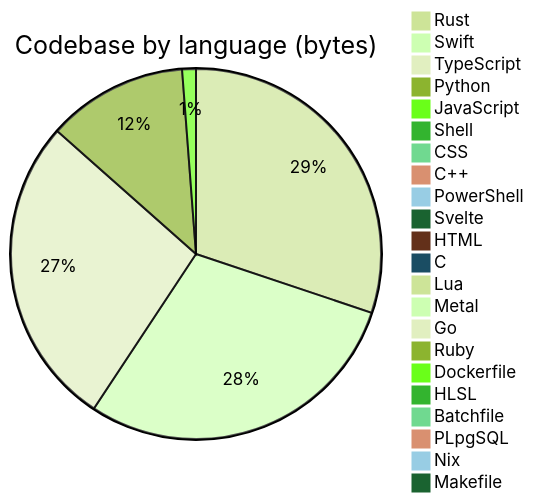
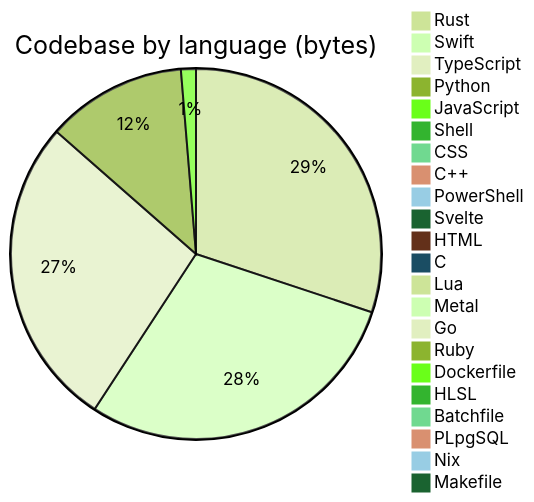
The diagram in profile/README.md (Open330/.github), drawn with Mermaid (forest theme) before and after one commit. The commit also changed other lines of this file and 1 other file, not shown here.

````diff
--- a/profile/README.md
+++ b/profile/README.md
@@ -140,25 +140,25 @@
 ```mermaid
 pie title Codebase by language (bytes)
-    "Rust" : 45572713
-    "Swift" : 44064668
-    "TypeScript" : 41195468
-    "Python" : 18530765
-    "JavaScript" : 1816428
-    "Shell" : 1521243
-    "CSS" : 655350
+    "Rust" : 45610342
+    "Swift" : 44129124
+    "TypeScript" : 41308544
+    "Python" : 18538813
+    "JavaScript" : 1977093
+    "Shell" : 1526160
+    "CSS" : 673389
     "C++" : 388775
-    "PowerShell" : 356074
+    "PowerShell" : 387720
     "Svelte" : 275766
-    "HTML" : 234257
+    "HTML" : 235118
     "C" : 197825
     "Lua" : 48814
     "Metal" : 33192
     "Go" : 22811
     "Ruby" : 13263
     "Dockerfile" : 7804
     "HLSL" : 7527
     "Batchfile" : 5660
     "PLpgSQL" : 5283
     "Nix" : 3168
     "Makefile" : 2991
 ```
````
